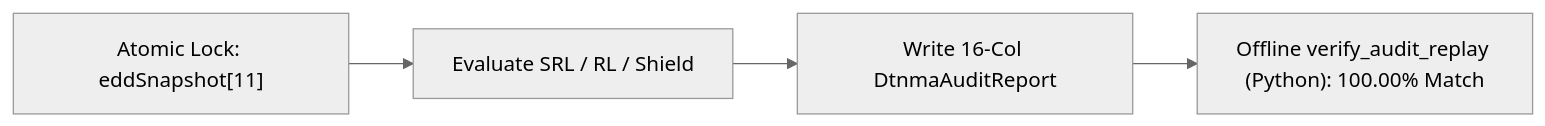
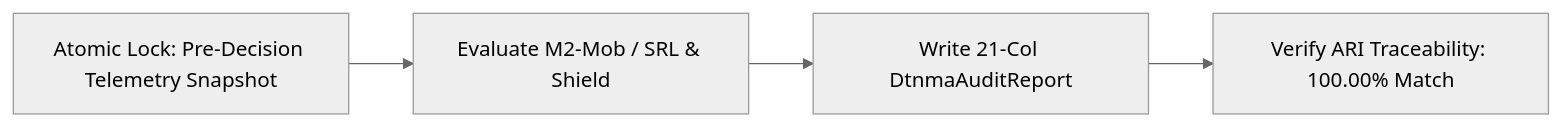
One commit to nafisshahriar/ADTNM changed the diagram in docs/study-guide/figures/mmd/fig09_atomic_replay_flow.mmd. Above: the diagram before and after it, drawn with Mermaid (neutral theme). The commit also changed 186 other files, not shown here.

```diff
--- a/docs/study-guide/figures/mmd/fig09_atomic_replay_flow.mmd
+++ b/docs/study-guide/figures/mmd/fig09_atomic_replay_flow.mmd
@@ -1,4 +1,4 @@
 flowchart LR
-  SNAP["Atomic Lock: eddSnapshot[11]"] --> DEC["Evaluate SRL / RL / Shield"]
-  DEC --> LOG["Write 16-Col DtnmaAuditReport"]
-  LOG --> REPLAY["Offline verify_audit_replay (Python): 100.00% Match"]
+  SNAP["Atomic Lock: Pre-Decision Telemetry Snapshot"] --> DEC["Evaluate M2-Mob / SRL & Shield"]
+  DEC --> LOG["Write 21-Col DtnmaAuditReport"]
+  LOG --> REPLAY["Verify ARI Traceability: 100.00% Match"]
```
